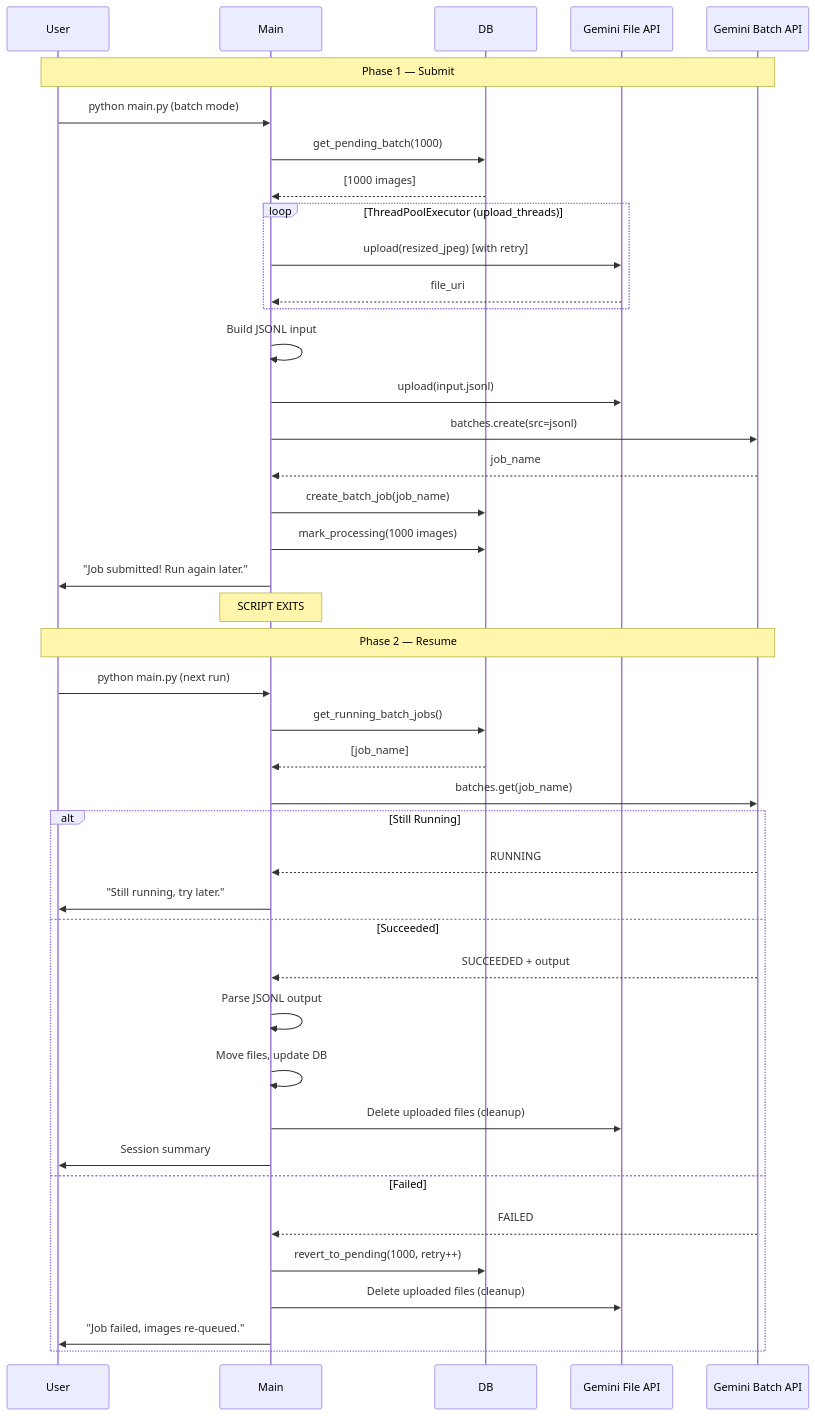
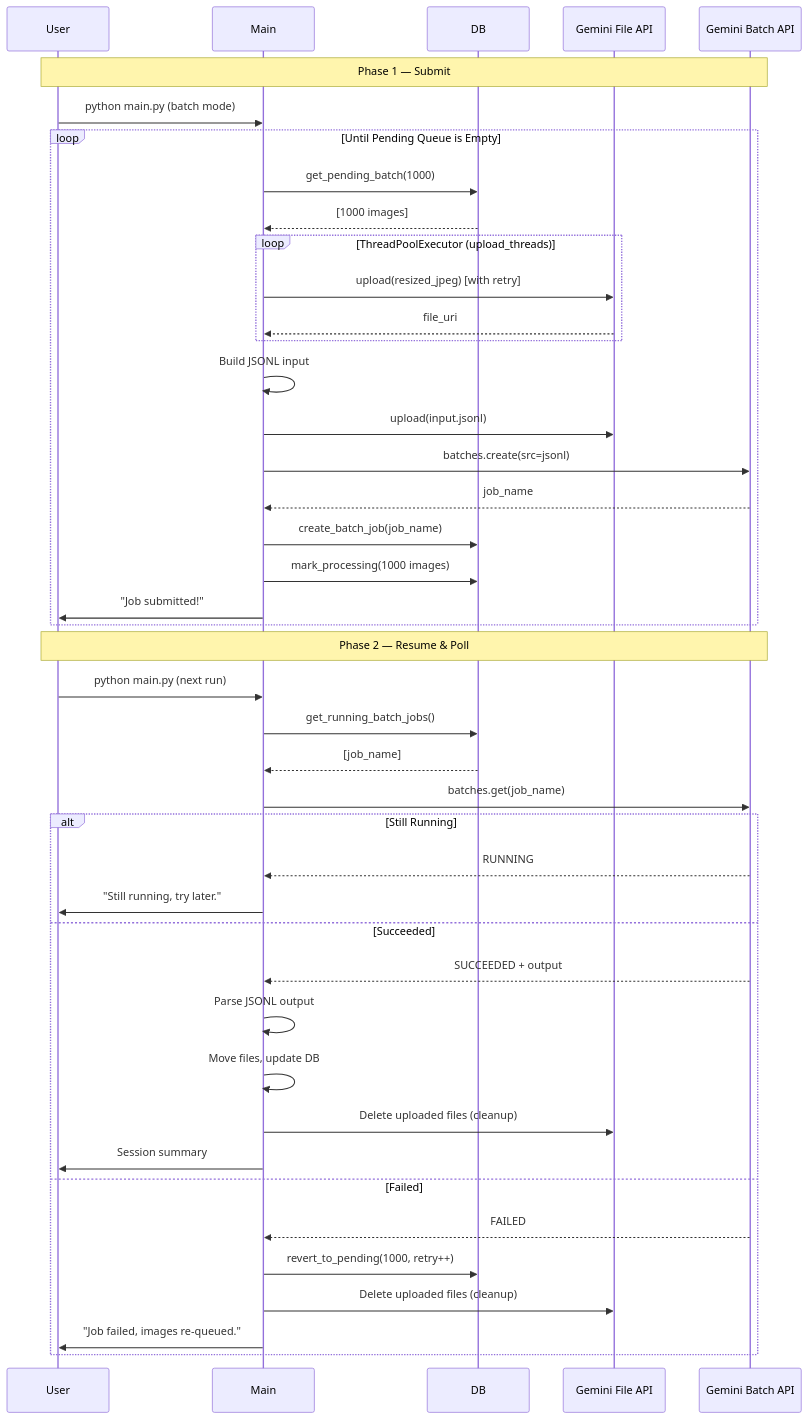
One commit to jadia/whatsapp_images_sort changed the third of 4 diagrams in docs/architecture.md. Above: the diagram before and after it, drawn with Mermaid. The commit also changed other lines of this file and 10 other files, not shown here.

Commit message:
feat: Refactor batch mode to prioritize job submission and continuously poll for job completion.

````diff
--- a/docs/architecture.md
+++ b/docs/architecture.md
@@ -106,49 +109,51 @@
 ```mermaid
 sequenceDiagram
     participant User
     participant Main
     participant DB
     participant FileAPI as Gemini File API
     participant BatchAPI as Gemini Batch API
 
     Note over User,BatchAPI: Phase 1 — Submit
     User->>Main: python main.py (batch mode)
-    Main->>DB: get_pending_batch(1000)
-    DB-->>Main: [1000 images]
+    
+    loop Until Pending Queue is Empty
+        Main->>DB: get_pending_batch(1000)
+        DB-->>Main: [1000 images]
 
-    loop ThreadPoolExecutor (upload_threads)
-        Main->>FileAPI: upload(resized_jpeg) [with retry]
-        FileAPI-->>Main: file_uri
+        loop ThreadPoolExecutor (upload_threads)
+            Main->>FileAPI: upload(resized_jpeg) [with retry]
+            FileAPI-->>Main: file_uri
+        end
+
+        Main->>Main: Build JSONL input
+        Main->>FileAPI: upload(input.jsonl)
+        Main->>BatchAPI: batches.create(src=jsonl)
+        BatchAPI-->>Main: job_name
+        Main->>DB: create_batch_job(job_name)
+        Main->>DB: mark_processing(1000 images)
+        Main->>User: "Job submitted!"
     end
 
-    Main->>Main: Build JSONL input
-    Main->>FileAPI: upload(input.jsonl)
-    Main->>BatchAPI: batches.create(src=jsonl)
-    BatchAPI-->>Main: job_name
-    Main->>DB: create_batch_job(job_name)
-    Main->>DB: mark_processing(1000 images)
-    Main->>User: "Job submitted! Run again later."
-    Note over Main: SCRIPT EXITS
-
-    Note over User,BatchAPI: Phase 2 — Resume
+    Note over User,BatchAPI: Phase 2 — Resume & Poll
     User->>Main: python main.py (next run)
     Main->>DB: get_running_batch_jobs()
     DB-->>Main: [job_name]
     Main->>BatchAPI: batches.get(job_name)
 
     alt Still Running
         BatchAPI-->>Main: RUNNING
         Main->>User: "Still running, try later."
     else Succeeded
         BatchAPI-->>Main: SUCCEEDED + output
         Main->>Main: Parse JSONL output
         Main->>Main: Move files, update DB
         Main->>FileAPI: Delete uploaded files (cleanup)
         Main->>User: Session summary
     else Failed
         BatchAPI-->>Main: FAILED
         Main->>DB: revert_to_pending(1000, retry++)
         Main->>FileAPI: Delete uploaded files (cleanup)
         Main->>User: "Job failed, images re-queued."
     end
 ```
````
